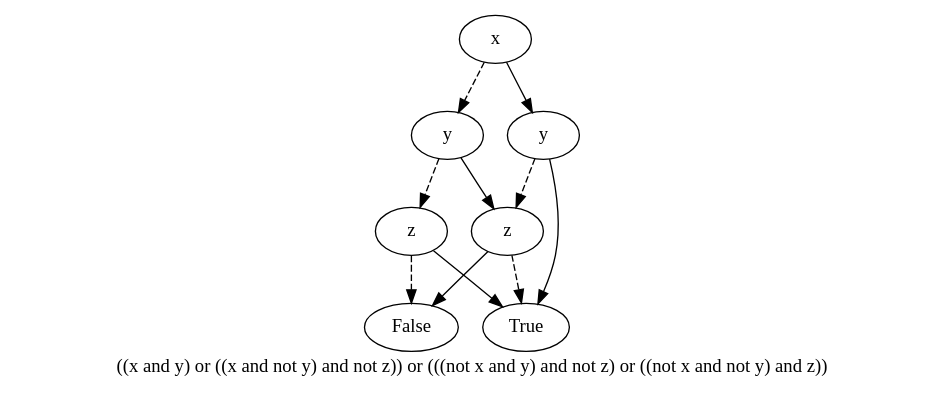
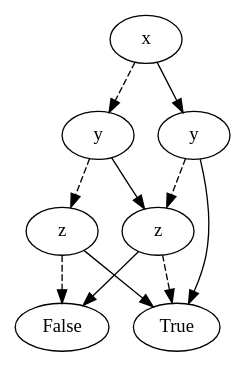
Before and after one commit to O1ez/IncreasingResilienceOfAutomatedVehicles: the diagram in out/test1/_start_0_f_.dot, drawn with Graphviz. The commit also changed 64 other files, not shown here.

```diff
--- a/out/test1/_start_0_f_.dot
+++ b/out/test1/_start_0_f_.dot
@@ -1,23 +1,21 @@
-digraph{
-label="((x and y) or ((x and not y) and not z)) or (((not x and y) and not z) or ((not x and not y) and z))\n\n"
-2179575569840[label=x]2179575569360[label="y"]
-2179575569840 -> 2179575569360[style=dashed label="" fontcolor = gray]
-2179575571120[label="z"]
-2179575569360 -> 2179575571120[style=dashed label="" fontcolor = gray]
-2179533530096[label="False"]
-2179575571120 -> 2179533530096[style=dashed label="" fontcolor = gray]
-2179575146736[label="True"]
-2179575571120 -> 2179575146736 [label="" fontcolor = gray]
-2179575572240[label="z"]
-2179575569360 -> 2179575572240 [label="" fontcolor = gray]
-2179575146736[label="True"]
-2179575572240 -> 2179575146736[style=dashed label="" fontcolor = gray]
-2179533530096[label="False"]
-2179575572240 -> 2179533530096 [label="" fontcolor = gray]
-2179575569680[label="y"]
-2179575569840 -> 2179575569680 [label="" fontcolor = gray]
-2179575572240[label="z"]
-2179575569680 -> 2179575572240[style=dashed label="" fontcolor = gray]
-2179575146736[label="True"]
-2179575569680 -> 2179575146736 [label="" fontcolor = gray]
+digraph{2202465096656[label=x]2202465099728[label="y"]
+2202465096656 -> 2202465099728[style=dashed label="" fontcolor = gray]
+2202465099856[label="z"]
+2202465099728 -> 2202465099856[style=dashed label="" fontcolor = gray]
+2202464159888[label="False"]
+2202465099856 -> 2202464159888[style=dashed label="" fontcolor = gray]
+2202465092368[label="True"]
+2202465099856 -> 2202465092368 [label="" fontcolor = gray]
+2202465101968[label="z"]
+2202465099728 -> 2202465101968 [label="" fontcolor = gray]
+2202465092368[label="True"]
+2202465101968 -> 2202465092368[style=dashed label="" fontcolor = gray]
+2202464159888[label="False"]
+2202465101968 -> 2202464159888 [label="" fontcolor = gray]
+2202465095440[label="y"]
+2202465096656 -> 2202465095440 [label="" fontcolor = gray]
+2202465101968[label="z"]
+2202465095440 -> 2202465101968[style=dashed label="" fontcolor = gray]
+2202465092368[label="True"]
+2202465095440 -> 2202465092368 [label="" fontcolor = gray]
 }
```
